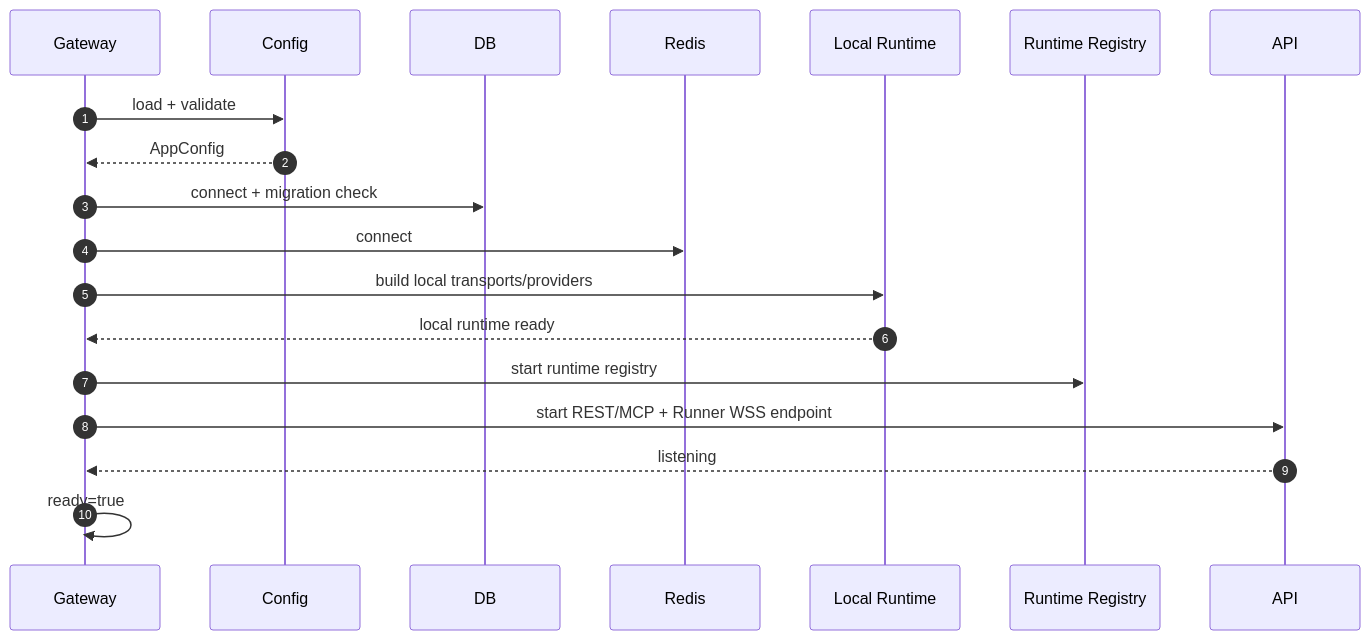
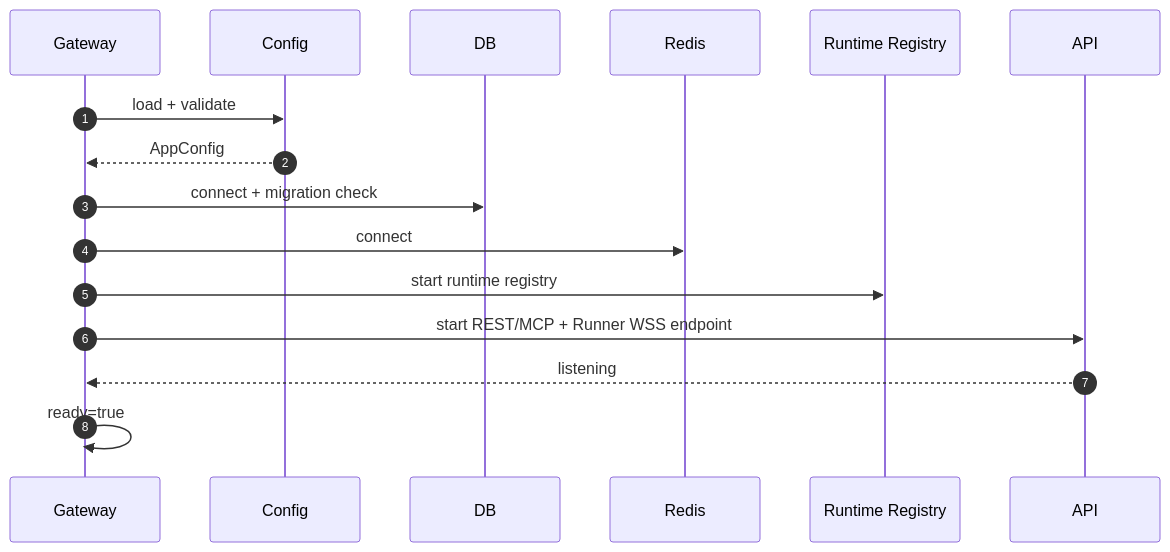
Diagram 22 of 24 in ARCHITECTURE.md (xuzhen97/Aylens), drawn with Mermaid before and after one commit. The commit also changed other lines of this file and 38 other files, not shown here.

````diff
--- a/ARCHITECTURE.md
+++ b/ARCHITECTURE.md
@@ -3402,27 +3412,23 @@
 ```mermaid
 sequenceDiagram
     autonumber
 
     participant Main as Gateway
     participant Config
     participant DB
     participant Redis
-    participant Local as Local Runtime
     participant Registry as Runtime Registry
     participant API
 
     Main->>Config: load + validate
     Config-->>Main: AppConfig
 
     Main->>DB: connect + migration check
     Main->>Redis: connect
 
-    Main->>Local: build local transports/providers
-    Local-->>Main: local runtime ready
-
     Main->>Registry: start runtime registry
     Main->>API: start REST/MCP + Runner WSS endpoint
     API-->>Main: listening
 
     Main->>Main: ready=true
 ```
````
